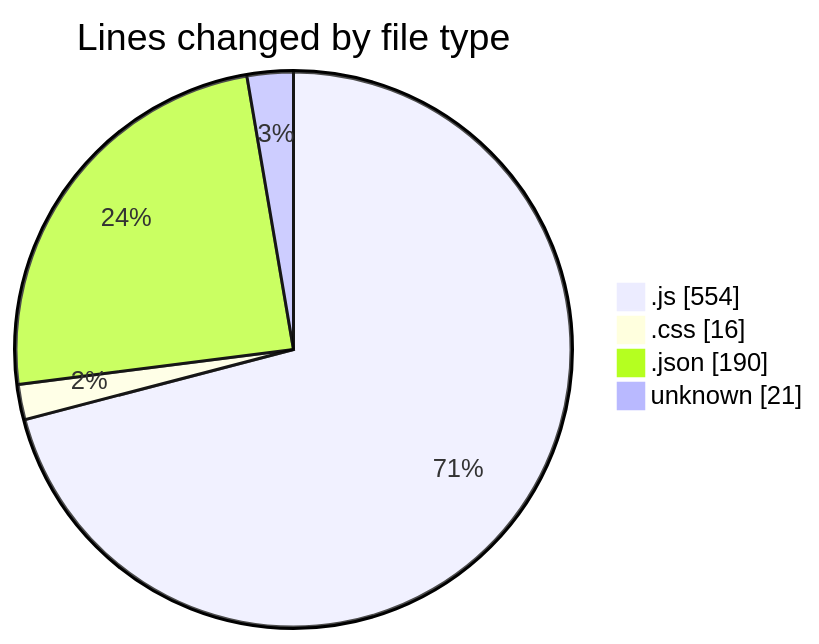
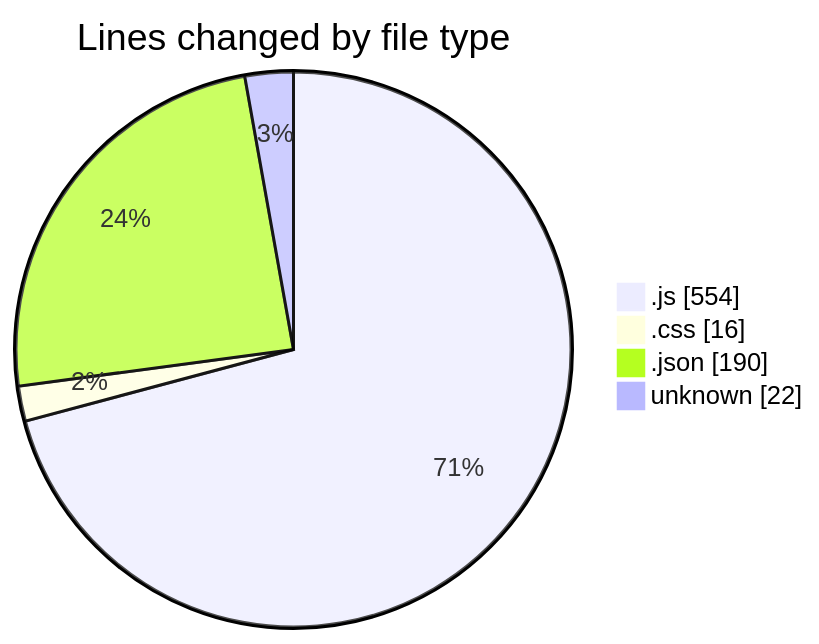
Before and after one commit to lephambinh05/code-tracking: the first of 2 diagrams in 2025-09-17/quytuthien_vn/README.md, drawn with Mermaid. The commit also changed other lines of this file and 1 other file, not shown here.

````diff
--- a/2025-09-17/quytuthien_vn/README.md
+++ b/2025-09-17/quytuthien_vn/README.md
@@ -43,8 +43,8 @@
 ```mermaid
 pie showData
 title Lines changed by file type
 ".js" : 554
 ".css" : 16
 ".json" : 190
-"unknown" : 21
+"unknown" : 22
 ```
````
